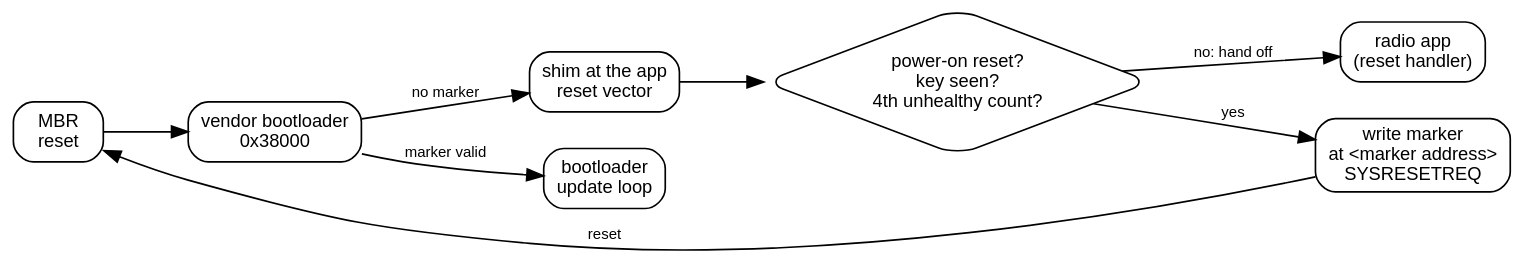
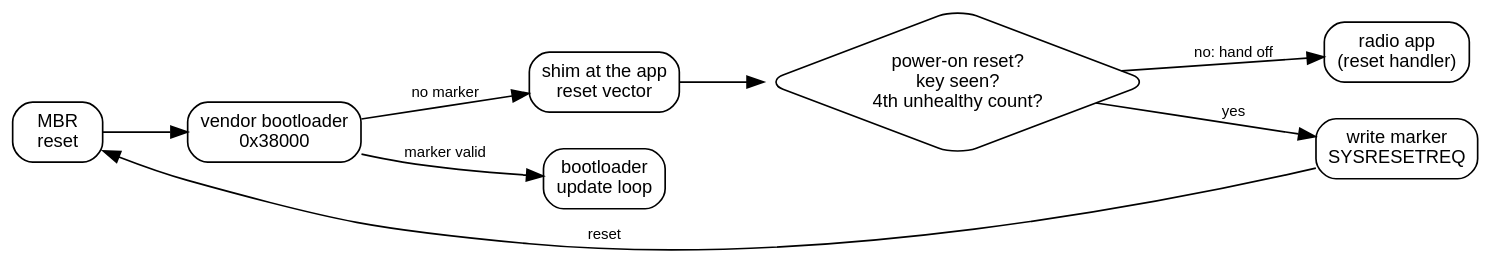
The diagram in src/content/docs/guides/radio-escape-hatch-without-swd.mdx (erfianugrah/lexicanum), drawn with Graphviz before and after one commit. The commit also changed other lines of this file and 90 other files, not shown here.

````diff
--- a/src/content/docs/guides/radio-escape-hatch-without-swd.mdx
+++ b/src/content/docs/guides/radio-escape-hatch-without-swd.mdx
@@ -80,22 +80,22 @@
 ```dot
 digraph {
   rankdir=LR; bgcolor="transparent"; nodesep=0.3; ranksep=0.7;
   fontname="Helvetica,Arial,sans-serif";
   node [fontname="Helvetica,Arial,sans-serif", fontsize=11, shape=box, style=rounded];
   edge [fontname="Helvetica,Arial,sans-serif", fontsize=9];
   mbr [label="MBR\nreset"];
   boot [label="vendor bootloader\n0x38000"];
   shim [label="shim at the app\nreset vector"];
   dec [label="power-on reset?\nkey seen?\n4th unhealthy count?", shape=diamond];
   app [label="radio app\n(reset handler)"];
-  mark [label="write marker\nat <marker address>\nSYSRESETREQ"];
+  mark [label="write marker\nSYSRESETREQ"];
   upd [label="bootloader\nupdate loop"];
   mbr -> boot;
   boot -> shim [label="no marker"];
   shim -> dec;
   dec -> app [label="no: hand off"];
   dec -> mark [label="yes"];
   mark -> mbr [label="reset", constraint=false];
   boot -> upd [label="marker valid"];
 }
 ```
````
